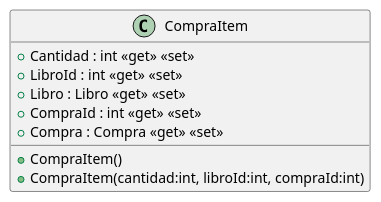
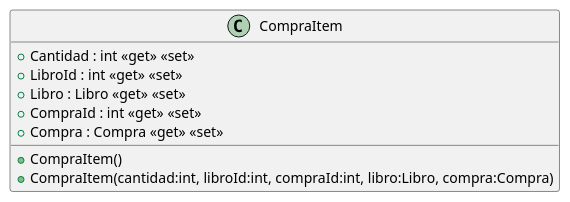
Before and after one commit to ISII2627SoftwareEngineers/ISII2627SoftwareEngineers: the diagram in src/AppForSEII.API/ClassDiagram/CompraItem.puml, drawn with PlantUML. The commit also changed 13 other files, not shown here.

Commit message:
Actualizados los diagramas de clases y el diagrama del caso de uso 4 ResenarLibros

```diff
--- a/src/AppForSEII.API/ClassDiagram/CompraItem.puml
+++ b/src/AppForSEII.API/ClassDiagram/CompraItem.puml
@@ -1,11 +1,11 @@
 @startuml
 class CompraItem {
     + CompraItem()
-    + CompraItem(cantidad:int, libroId:int, compraId:int)
+    + CompraItem(cantidad:int, libroId:int, compraId:int, libro:Libro, compra:Compra)
     + Cantidad : int <<get>> <<set>>
     + LibroId : int <<get>> <<set>>
     + Libro : Libro <<get>> <<set>>
     + CompraId : int <<get>> <<set>>
     + Compra : Compra <<get>> <<set>>
 }
 @enduml
```
